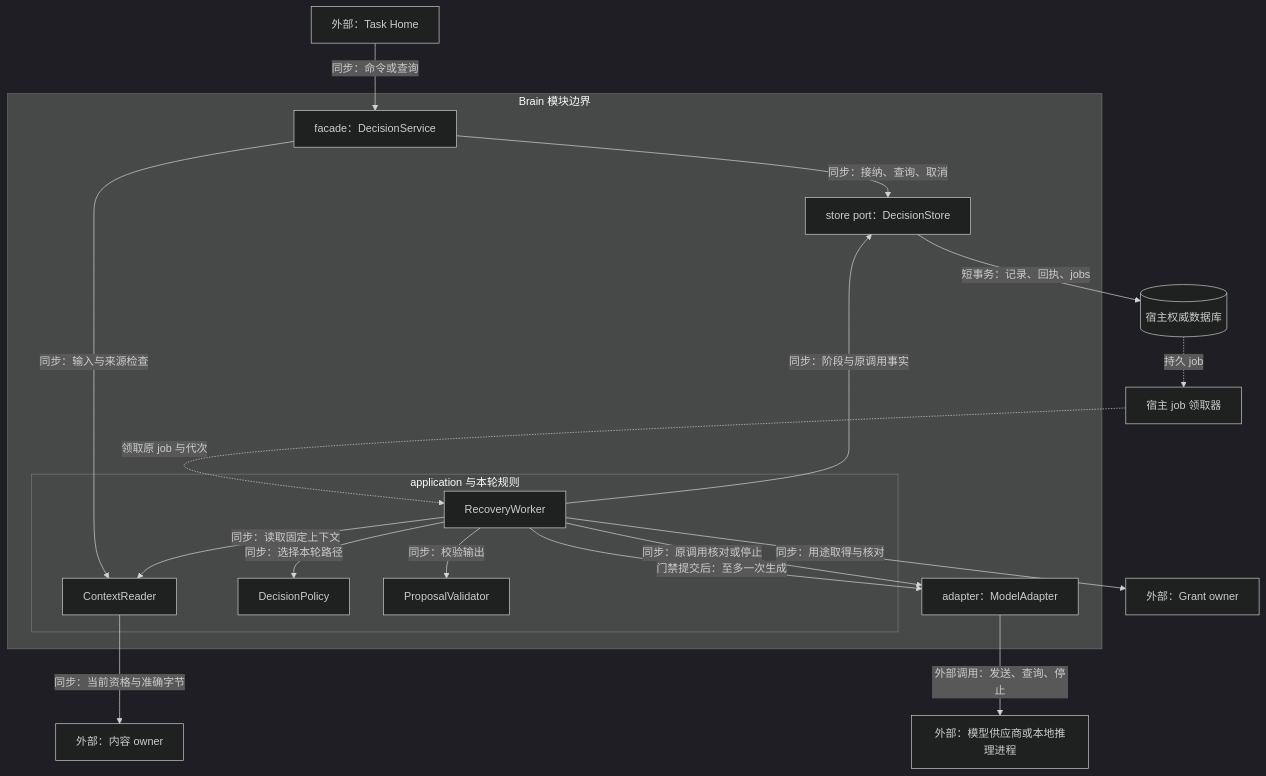
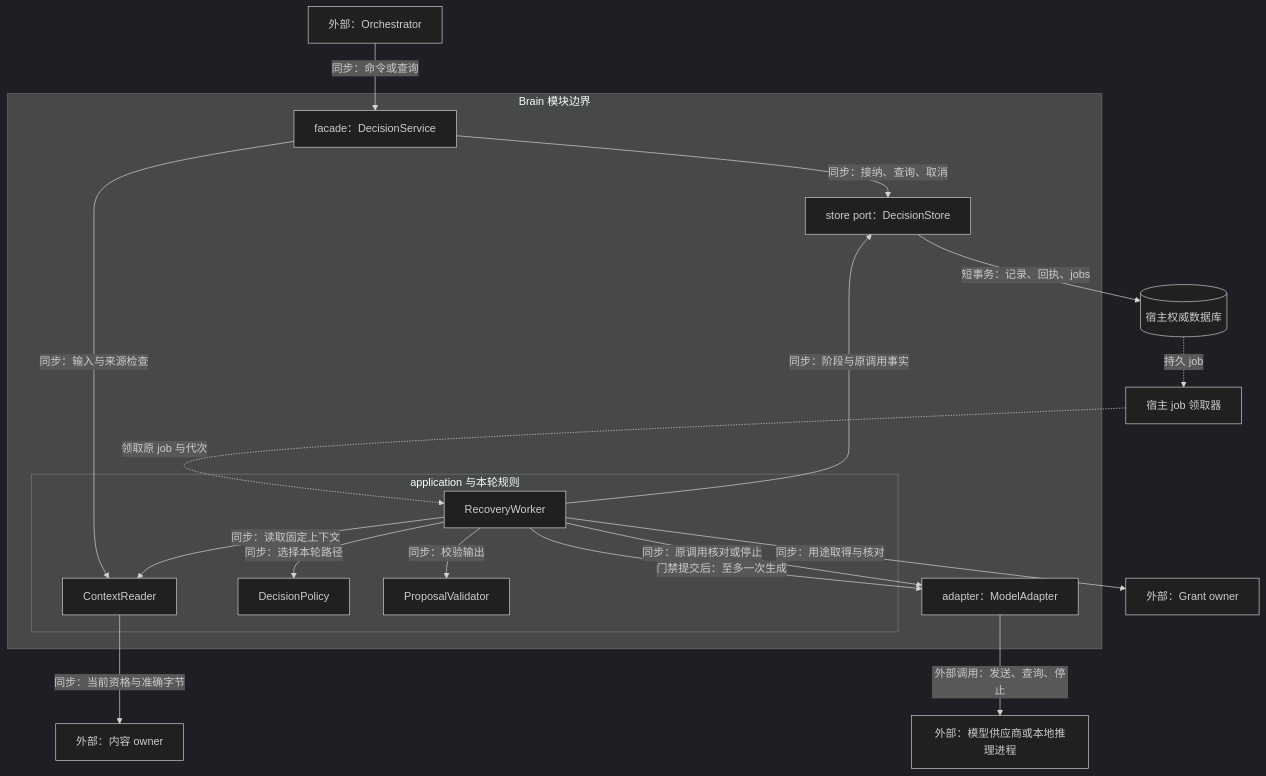
Before and after one commit to ruipengliu/lerna: the first of 3 diagrams in docs/architecture/brain/implementation.md, drawn with Mermaid (dark theme). The commit also changed other lines of this file and 174 other files, not shown here.

Commit message:
docs: rename task runtime to orchestrator

````diff
--- a/docs/architecture/brain/implementation.md
+++ b/docs/architecture/brain/implementation.md
@@ -26,35 +26,35 @@
 ```mermaid
 flowchart TB
-    H[外部：Task Home]
+    H[外部：Orchestrator]
     O[外部：内容 owner]
     G[外部：Grant owner]
     P[外部：模型供应商或本地推理进程]
     DB[(宿主权威数据库)]
     J[宿主 job 领取器]
     subgraph B[Brain 模块边界]
       D[facade：DecisionService]
       subgraph A[application 与本轮规则]
         C[ContextReader]
         R[DecisionPolicy]
         V[ProposalValidator]
         W[RecoveryWorker]
       end
       S[store port：DecisionStore]
       M[adapter：ModelAdapter]
       D -->|同步：输入与来源检查| C
       D -->|同步：接纳、查询、取消| S
       W -->|同步：读取固定上下文| C
       W -->|同步：选择本轮路径| R
       W -->|同步：校验输出| V
       W -->|同步：阶段与原调用事实| S
       W -->|门禁提交后：至多一次生成| M
       W -->|同步：原调用核对或停止| M
     end
     H -->|同步：命令或查询| D
     C -->|同步：当前资格与准确字节| O
     W -->|同步：用途取得与核对| G
     M -->|外部调用：发送、查询、停止| P
     S -->|短事务：记录、回执、jobs| DB
     DB -.持久 job.-> J
     J -.领取原 job 与代次.-> W
 ```
````
